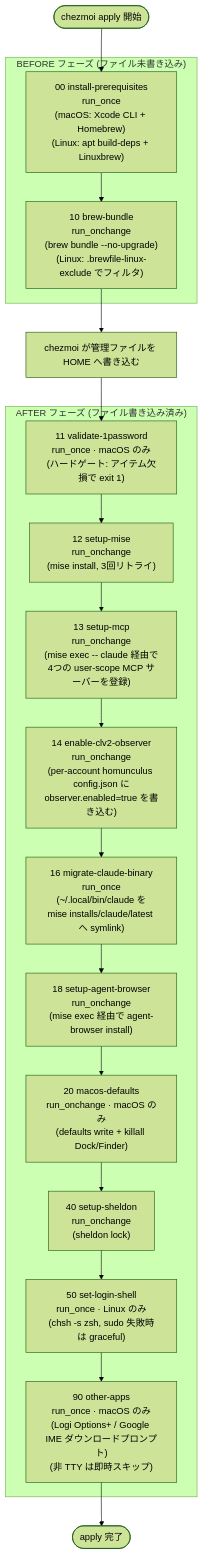
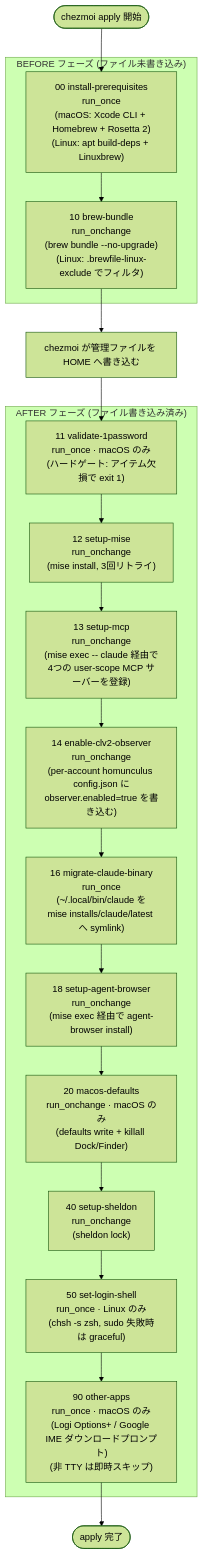
One commit to kryota-dev/dotfiles changed the diagram in docs/architecture/lifecycle-scripts.ja.md. Above: the diagram before and after it, drawn with Mermaid (forest theme). The commit also changed other lines of this file and 3 other files, not shown here.

First line of the commit message:
fix(install): install Rosetta 2 on Apple Silicon before brew bundle (#220)

````diff
--- a/docs/architecture/lifecycle-scripts.ja.md
+++ b/docs/architecture/lifecycle-scripts.ja.md
@@ -22,28 +22,28 @@
 ```mermaid
 flowchart TD
     A([chezmoi apply 開始]) --> B
 
     subgraph BEFORE ["BEFORE フェーズ (ファイル未書き込み)"]
-        B["00 install-prerequisites\nrun_once\n(macOS: Xcode CLI + Homebrew)\n(Linux: apt build-deps + Linuxbrew)"]
+        B["00 install-prerequisites\nrun_once\n(macOS: Xcode CLI + Homebrew + Rosetta 2)\n(Linux: apt build-deps + Linuxbrew)"]
         B --> C["10 brew-bundle\nrun_onchange\n(brew bundle --no-upgrade)\n(Linux: .brewfile-linux-exclude でフィルタ)"]
     end
 
     C --> FILES[chezmoi が管理ファイルを HOME へ書き込む]
 
     FILES --> D
 
     subgraph AFTER ["AFTER フェーズ (ファイル書き込み済み)"]
         D["11 validate-1password\nrun_once · macOS のみ\n(ハードゲート: アイテム欠損で exit 1)"]
         D --> E["12 setup-mise\nrun_onchange\n(mise install, 3回リトライ)"]
         E --> F["13 setup-mcp\nrun_onchange\n(mise exec -- claude 経由で\n4つの user-scope MCP サーバーを登録)"]
         F --> G["14 enable-clv2-observer\nrun_onchange\n(per-account homunculus config.json に\nobserver.enabled=true を書き込む)"]
         G --> H["16 migrate-claude-binary\nrun_once\n(~/.local/bin/claude を\nmise installs/claude/latest へ symlink)"]
         H --> I["18 setup-agent-browser\nrun_onchange\n(mise exec 経由で agent-browser install)"]
         I --> J["20 macos-defaults\nrun_onchange · macOS のみ\n(defaults write + killall Dock/Finder)"]
         J --> K["40 setup-sheldon\nrun_onchange\n(sheldon lock)"]
         K --> L["50 set-login-shell\nrun_once · Linux のみ\n(chsh -s zsh, sudo 失敗時は graceful)"]
         L --> M["90 other-apps\nrun_once · macOS のみ\n(Logi Options+ / Google IME ダウンロードプロンプト)\n(非 TTY は即時スキップ)"]
     end
 
     M --> N([apply 完了])
 ```
````
